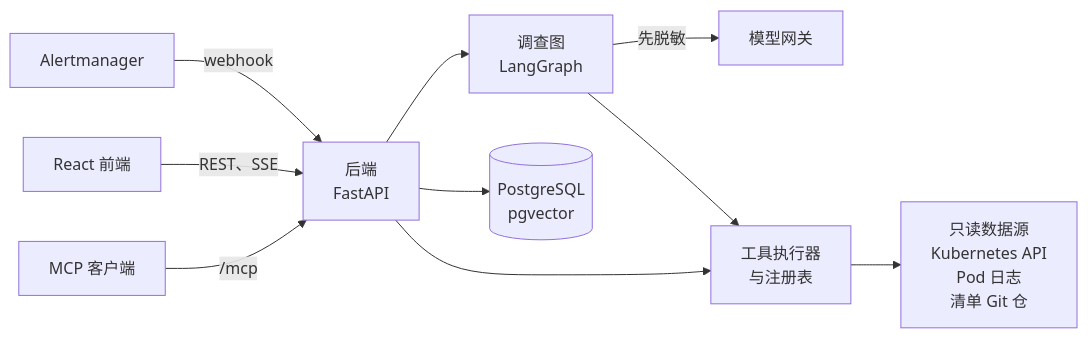
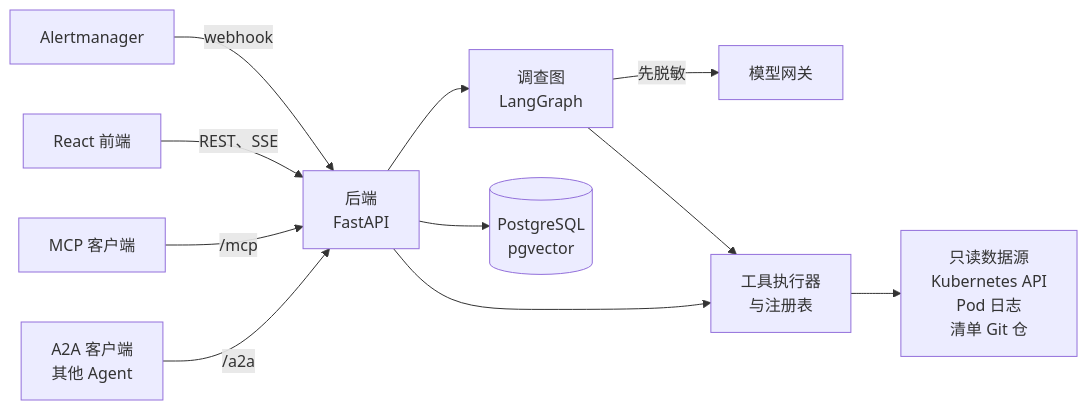
Before and after one commit to csthink/mars-bianque: the first of 2 diagrams in README.md, drawn with Mermaid. The commit also changed other lines of this file and 3 other files, not shown here.

````diff
--- a/README.md
+++ b/README.md
@@ -11,12 +11,13 @@
 ```mermaid
 flowchart LR
   AM["Alertmanager"] -->|"webhook"| API["后端<br/>FastAPI"]
   UI["React 前端"] -->|"REST、SSE"| API
   MCPC["MCP 客户端"] -->|"/mcp"| API
+  A2AC["A2A 客户端<br/>其他 Agent"] -->|"/a2a"| API
   API --> GRAPH["调查图<br/>LangGraph"]
   GRAPH -->|"先脱敏"| LLM["模型网关"]
   GRAPH --> EXEC["工具执行器<br/>与注册表"]
   API --> EXEC
   EXEC --> SRC["只读数据源<br/>Kubernetes API<br/>Pod 日志<br/>清单 Git 仓"]
   API --> PG[("PostgreSQL<br/>pgvector")]
 ```
````
